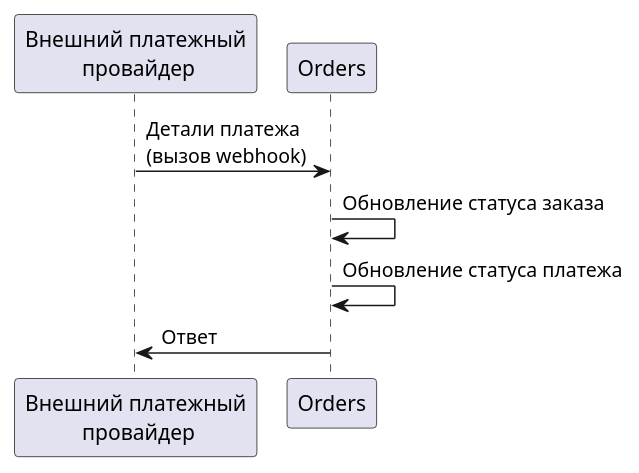
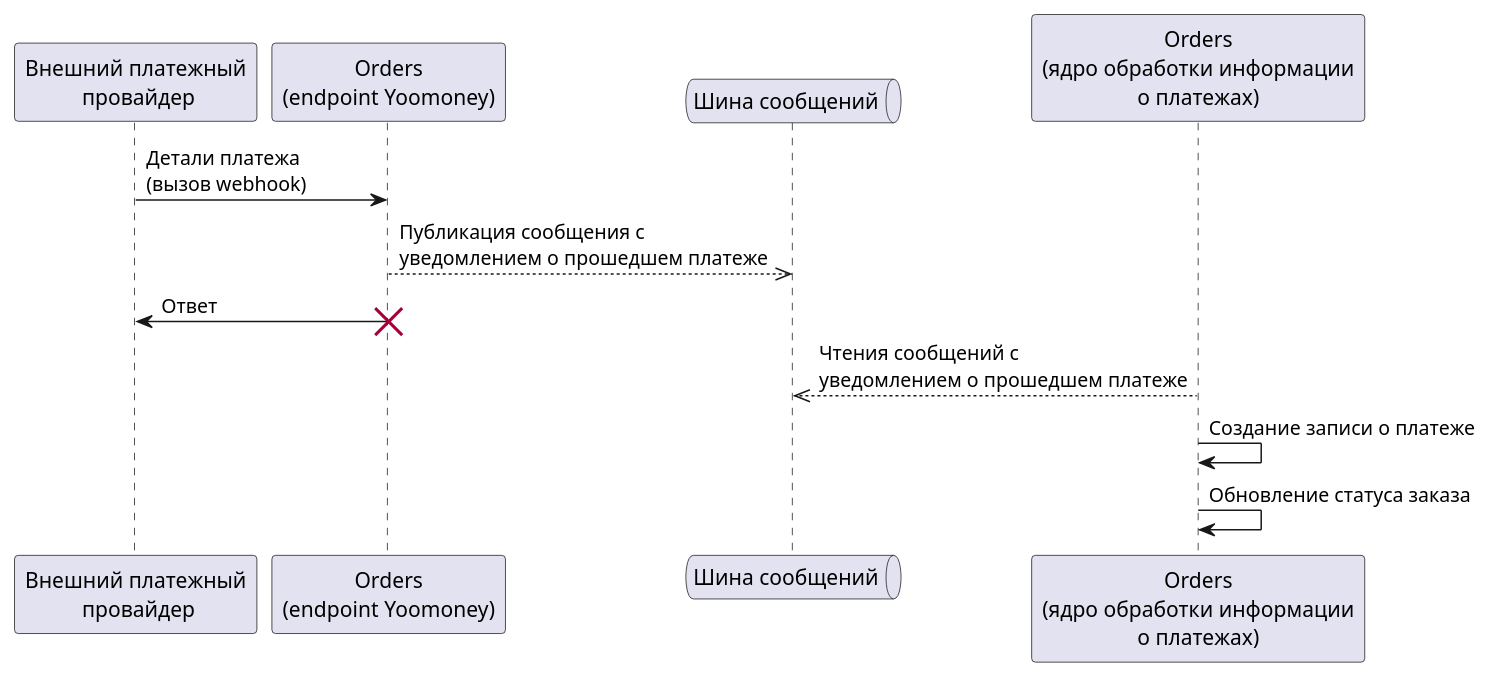
The sixth of 6 diagrams in app/docs/architecture/Order.md (bratushkadan/diploma), drawn with PlantUML before and after one commit. The commit also changed other lines of this file, not shown here.

Commit message:
feat(orders):update arch diagram for payment process

````diff
--- a/app/docs/architecture/Order.md
+++ b/app/docs/architecture/Order.md
@@ -140,12 +140,17 @@
 ```plantuml
 @startuml
 participant "Внешний платежный\n провайдер" as p
-participant "Orders" as o
+participant "Orders\n(endpoint Yoomoney)" as oy
+queue "Шина сообщений" as q
+participant "Orders\n(ядро обработки информации\nо платежах)" as o
 
-p->o: Детали платежа\n(вызов webhook)
+p->oy: Детали платежа\n(вызов webhook)
+oy-->>q: Публикация сообщения с\nуведомлением о прошедшем платеже
+oy->p: Ответ
+destroy oy
+o-->>q: Чтения сообщений с\nуведомлением о прошедшем платеже
+o->o: Создание записи о платеже
 o->o: Обновление статуса заказа
-o->o: Обновление статуса платежа
-o->p: Ответ
 
 @enduml
 ```
````
